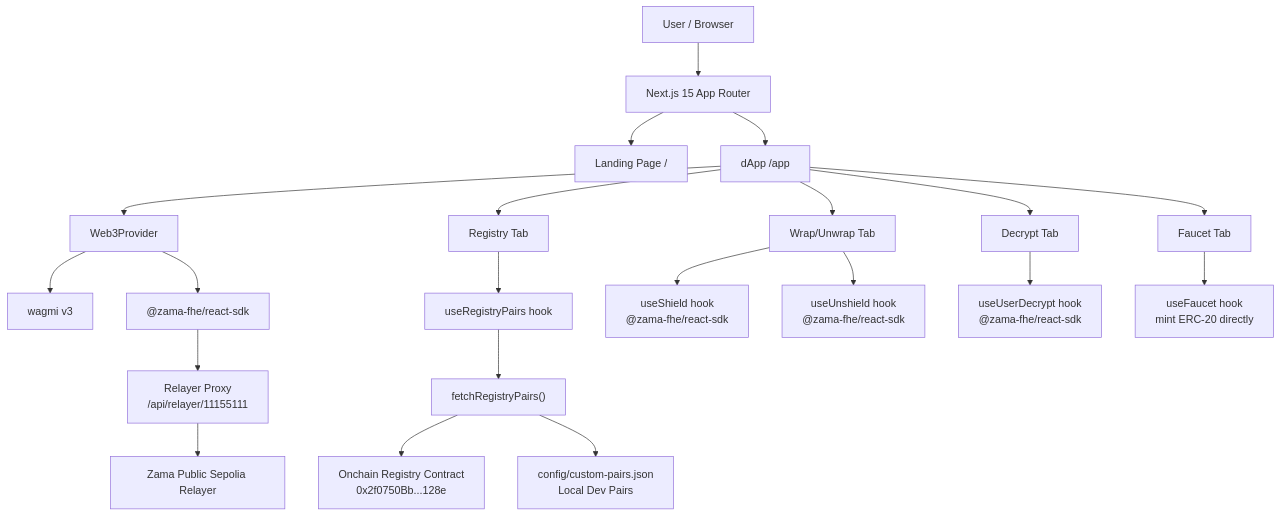
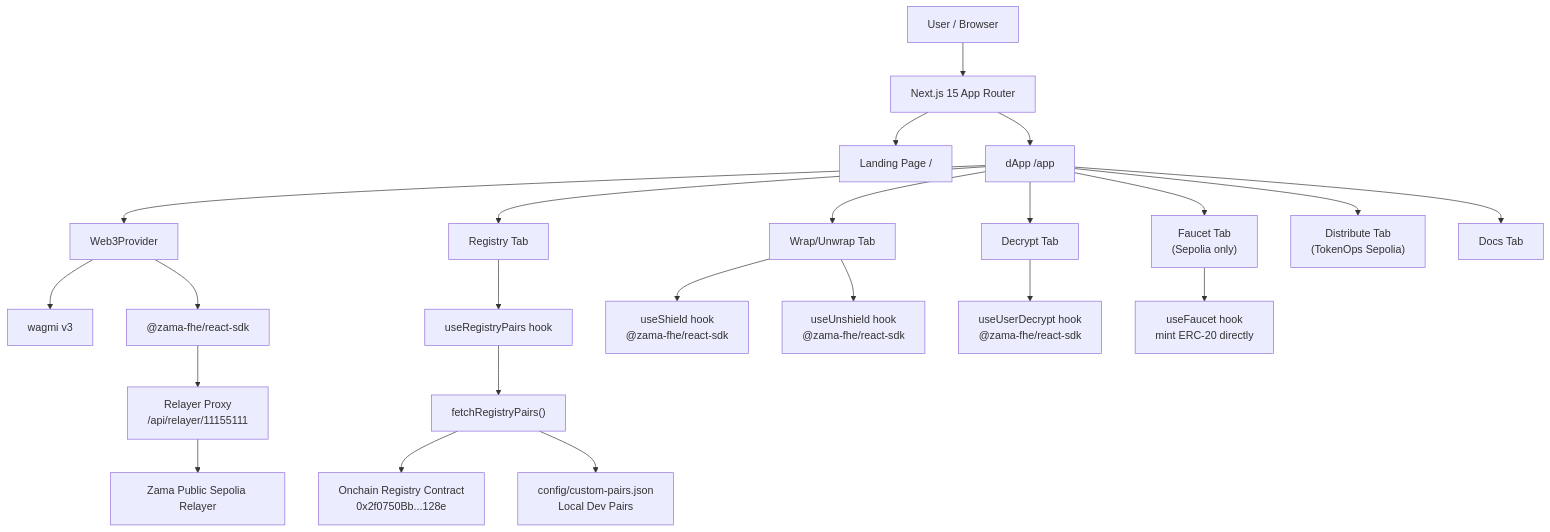
Before and after one commit to pramadanif/macetz: the first of 6 diagrams in README.md, drawn with Mermaid. The commit also changed other lines of this file, not shown here.

````diff
--- a/README.md
+++ b/README.md
@@ -156,30 +169,32 @@
 ```mermaid
 graph TD
     A["User / Browser"] --> B["Next.js 15 App Router"]
     B --> C["Landing Page /"]
     B --> D["dApp /app"]
 
     D --> E["Web3Provider"]
     E --> F["wagmi v3"]
     E --> G["@zama-fhe/react-sdk"]
 
     D --> H["Registry Tab"]
     D --> I["Wrap/Unwrap Tab"]
     D --> J["Decrypt Tab"]
-    D --> K["Faucet Tab"]
+    D --> K["Faucet Tab\n(Sepolia only)"]
+    D --> L2["Distribute Tab\n(TokenOps Sepolia)"]
+    D --> L3["Docs Tab"]
 
     H --> L["useRegistryPairs hook"]
     L --> M["fetchRegistryPairs()"]
     M --> N["Onchain Registry Contract\n0x2f0750Bb...128e"]
     M --> O["config/custom-pairs.json\nLocal Dev Pairs"]
 
     I --> P["useShield hook\n@zama-fhe/react-sdk"]
     I --> Q["useUnshield hook\n@zama-fhe/react-sdk"]
 
     J --> R["useUserDecrypt hook\n@zama-fhe/react-sdk"]
 
     K --> S["useFaucet hook\nmint ERC-20 directly"]
 
     G --> T["Relayer Proxy\n/api/relayer/11155111"]
     T --> U["Zama Public Sepolia Relayer"]
 ```
````
